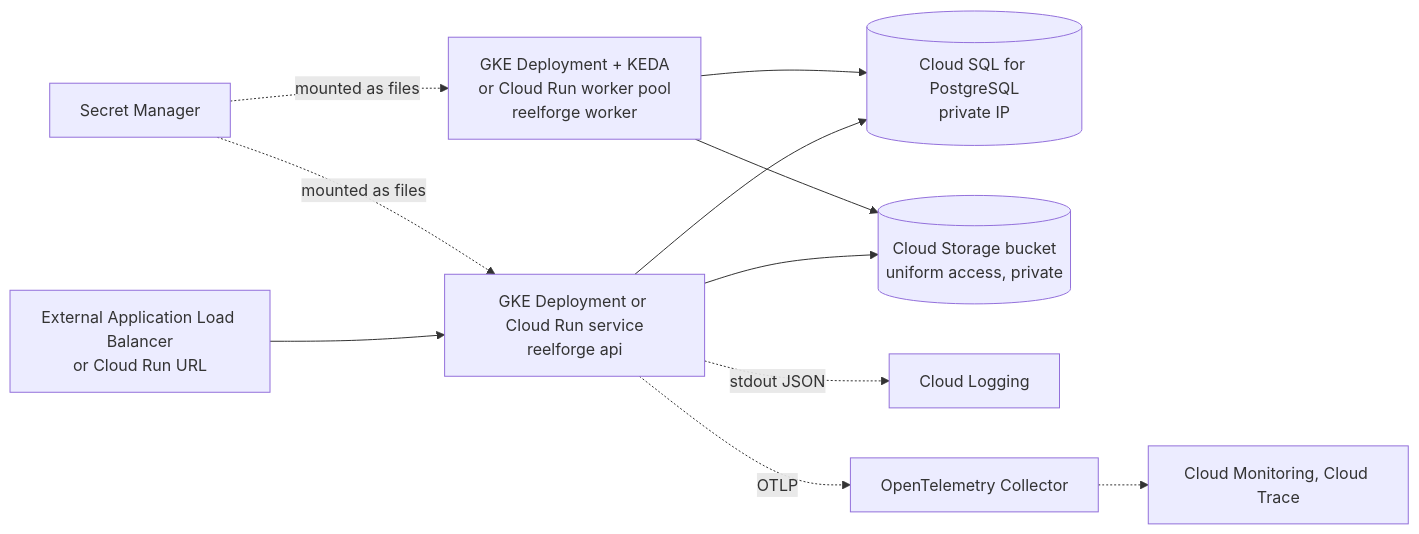
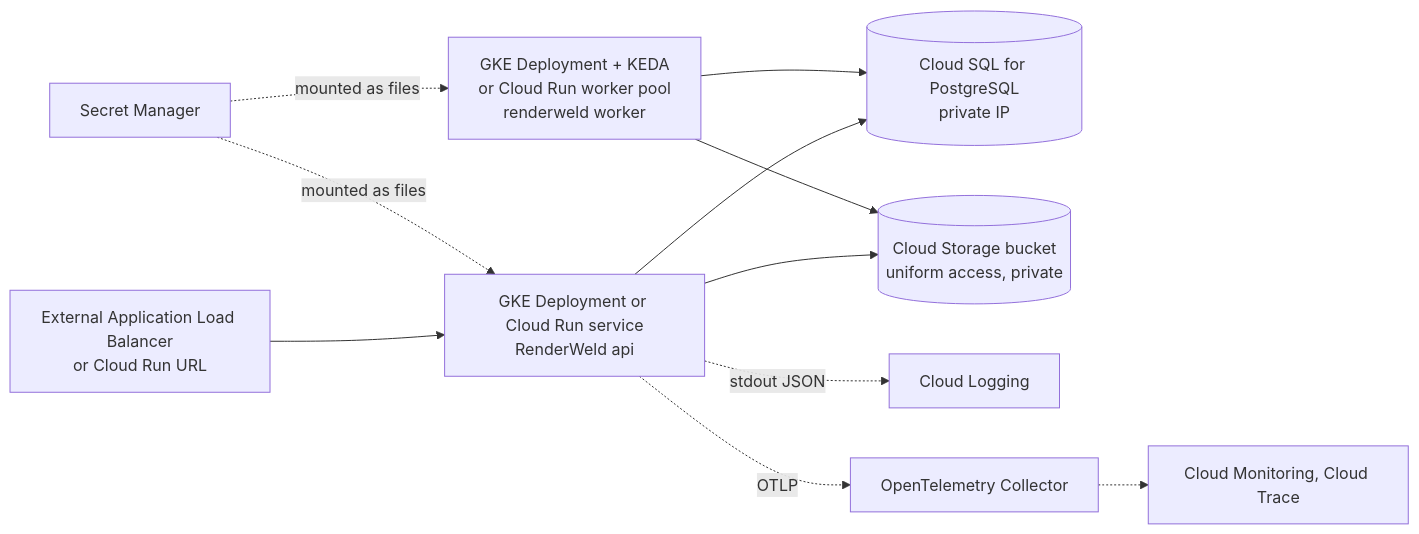
Before and after one commit to buildbase-app/reelforge-studio: the diagram in docs/cloud/google-cloud.md, drawn with Mermaid. The commit also changed other lines of this file and 22 other files, not shown here.

First line of the commit message:
docs(rename): providers, cloud guides and launch drafts say RenderWeld (rename phase 6, part 3) (#471)

````diff
--- a/docs/cloud/google-cloud.md
+++ b/docs/cloud/google-cloud.md
@@ -29,12 +29,12 @@
 ```mermaid
 flowchart LR
-  lb[External Application Load Balancer<br/>or Cloud Run URL] --> api[GKE Deployment or Cloud Run service<br/>reelforge api]
+  lb[External Application Load Balancer<br/>or Cloud Run URL] --> api[GKE Deployment or Cloud Run service<br/>RenderWeld api]
   api --> sql[(Cloud SQL for PostgreSQL<br/>private IP)]
-  wrk[GKE Deployment + KEDA<br/>or Cloud Run worker pool<br/>reelforge worker] --> sql
+  wrk[GKE Deployment + KEDA<br/>or Cloud Run worker pool<br/>renderweld worker] --> sql
   api --> gcs[(Cloud Storage bucket<br/>uniform access, private)]
   wrk --> gcs
   sm[Secret Manager] -. mounted as files .-> api
   sm -. mounted as files .-> wrk
   api -. stdout JSON .-> log[Cloud Logging]
   api -. OTLP .-> col[OpenTelemetry Collector] -.-> mon[Cloud Monitoring, Cloud Trace]
 ```
````
